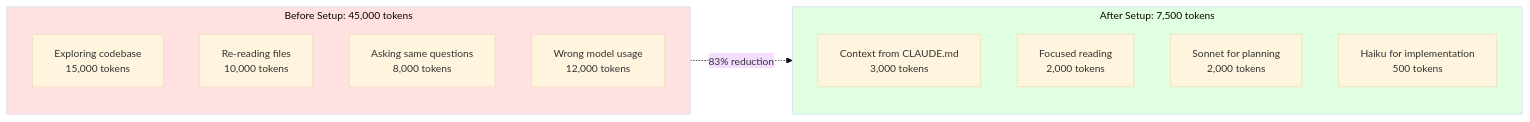
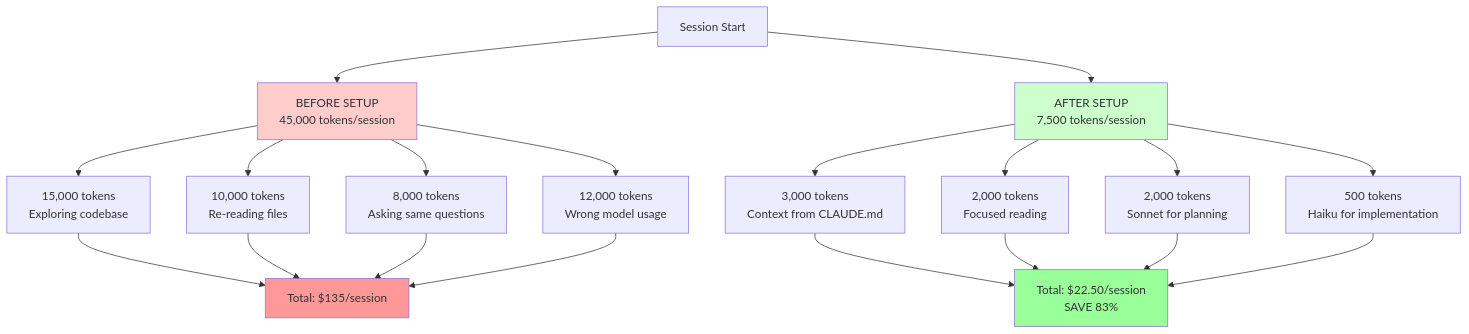
The fifth of 5 diagrams in docs/00-start-here/06_visual-guides.md (christianearle01/claude-config-template), drawn with Mermaid before and after one commit.

Commit message:
fix: Simplify Token Cost Waterfall Mermaid diagram
Problem: Token Cost Waterfall using subgraphs not rendering in some editors

Solution: Simplified to basic graph TD without subgraphs

- Removed subgraph syntax (not widely supported)

- Used simple graph TD with clear before/after branches

- Kept ASCII alternative as fallback (unchanged)

Diagram now shows:

- Session Start splits to Before/After comparison

- Before: 4 token-heavy activities = /session

- After: 4 optimized activities = .50/session (83% savings)

- Color coded: red (before) vs green (after)

Files modified: 1 (docs/00-start-here/06_visual-guides.md)

ASCII fallback: Preserved

🤖 Generated with [Claude Code](https://claude.com/claude-code)

````diff
--- a/docs/00-start-here/06_visual-guides.md
+++ b/docs/00-start-here/06_visual-guides.md
@@ -228,22 +228,24 @@
 ```mermaid
-%%{init: {'theme':'base', 'themeVariables': { 'fontSize':'14px'}}}%%
-graph LR
-    subgraph Before["Before Setup: 45,000 tokens"]
-        B1["Exploring codebase<br/>15,000 tokens"]
-        B2["Re-reading files<br/>10,000 tokens"]
-        B3["Asking same questions<br/>8,000 tokens"]
-        B4["Wrong model usage<br/>12,000 tokens"]
-    end
+graph TD
+    Start["Session Start"] --> B["BEFORE SETUP<br/>45,000 tokens/session"]
+    Start --> A["AFTER SETUP<br/>7,500 tokens/session"]
 
-    subgraph After["After Setup: 7,500 tokens"]
-        A1["Context from CLAUDE.md<br/>3,000 tokens"]
-        A2["Focused reading<br/>2,000 tokens"]
-        A3["Sonnet for planning<br/>2,000 tokens"]
-        A4["Haiku for implementation<br/>500 tokens"]
-    end
+    B --> B1["15,000 tokens<br/>Exploring codebase"]
+    B --> B2["10,000 tokens<br/>Re-reading files"]
+    B --> B3["8,000 tokens<br/>Asking same questions"]
+    B --> B4["12,000 tokens<br/>Wrong model usage"]
 
-    Before -.->|"83% reduction"| After
+    B1 & B2 & B3 & B4 --> BC["Total: $135/session"]
 
-    style Before fill:#ffe1e1
-    style After fill:#e1ffe1
+    A --> A1["3,000 tokens<br/>Context from CLAUDE.md"]
+    A --> A2["2,000 tokens<br/>Focused reading"]
+    A --> A3["2,000 tokens<br/>Sonnet for planning"]
+    A --> A4["500 tokens<br/>Haiku for implementation"]
+
+    A1 & A2 & A3 & A4 --> AC["Total: $22.50/session<br/>SAVE 83%"]
+
+    style B fill:#ffcccc
+    style A fill:#ccffcc
+    style BC fill:#ff9999
+    style AC fill:#99ff99
 ```
````
